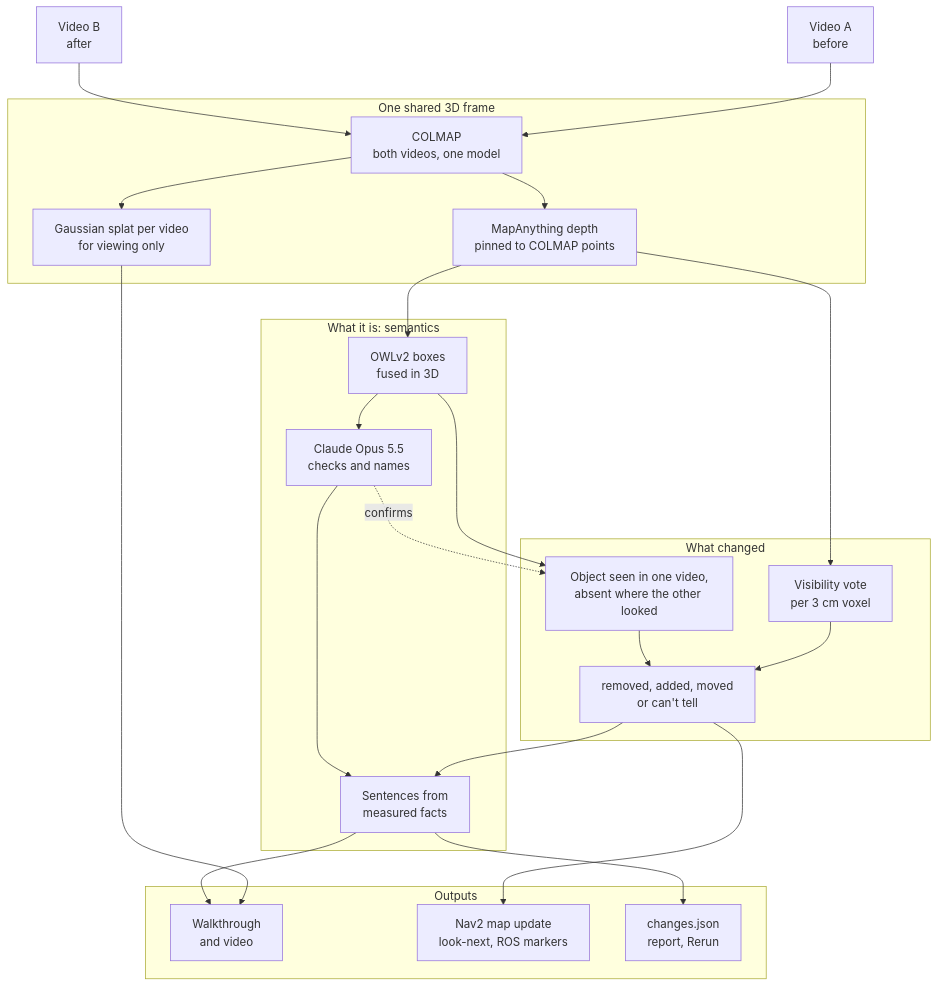
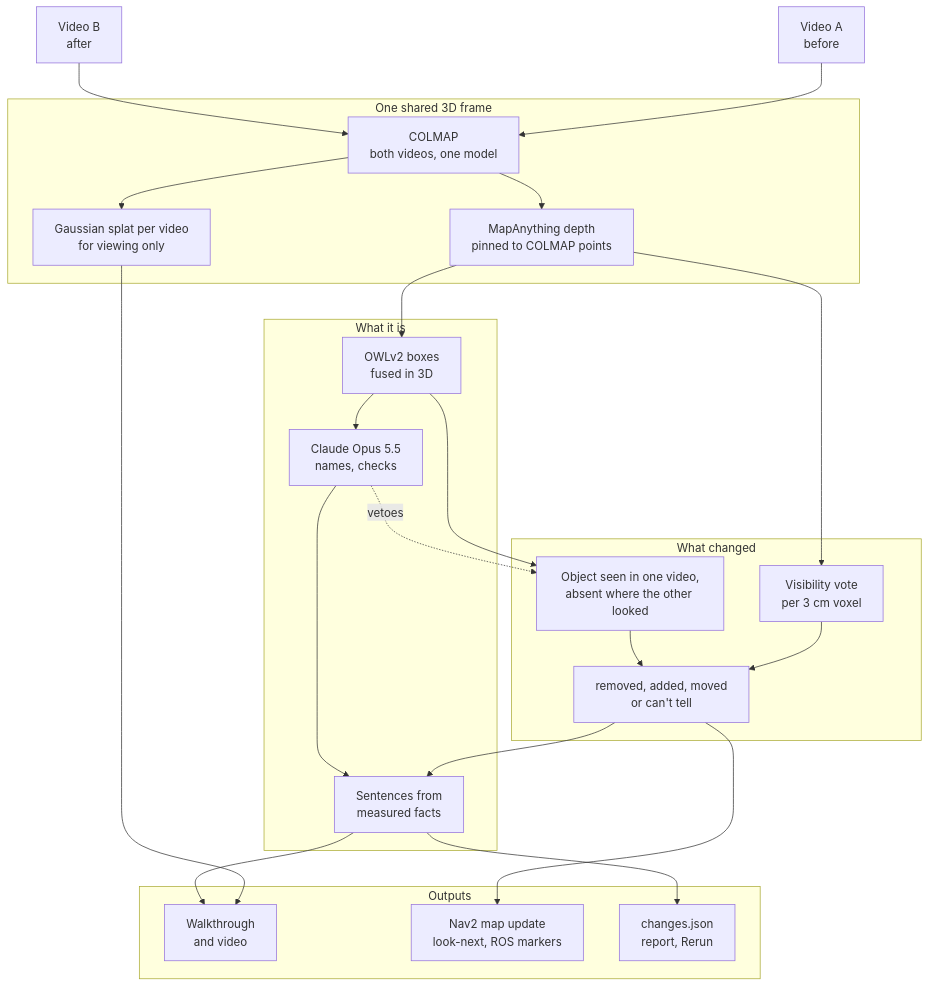
Before and after one commit to shaanpawa/whatchanged: the diagram in README.md, drawn with Mermaid. The commit also changed other lines of this file and 40 other files, not shown here.

````diff
--- a/README.md
+++ b/README.md
@@ -115,37 +131,37 @@
 ```mermaid
 flowchart TB
   A["Video A<br/>before"] --> COL
   B["Video B<br/>after"] --> COL
   subgraph S3D["One shared 3D frame"]
     COL["COLMAP<br/>both videos, one model"]
     DEP["MapAnything depth<br/>pinned to COLMAP points"]
     SPL["Gaussian splat per video<br/>for viewing only"]
   end
   subgraph CHG["What changed"]
     VOTE["Visibility vote<br/>per 3 cm voxel"]
     DET["Object seen in one video,<br/>absent where the other looked"]
     CLS["removed, added, moved<br/>or can't tell"]
   end
-  subgraph SEM["What it is: semantics"]
+  subgraph SEM["What it is"]
     OWL["OWLv2 boxes<br/>fused in 3D"]
-    CL["Claude Opus 5.5<br/>checks and names"]
+    CL["Claude Opus 5.5<br/>names, checks"]
     SEN["Sentences from<br/>measured facts"]
   end
   subgraph OUT["Outputs"]
     VIEW["Walkthrough<br/>and video"]
     ROBOT["Nav2 map update<br/>look-next, ROS markers"]
     DATA["changes.json<br/>report, Rerun"]
   end
   COL --> DEP
   COL --> SPL
   DEP --> VOTE --> CLS
   DEP --> OWL --> CL
   OWL --> DET --> CLS
-  CL -. confirms .-> DET
+  CL -. vetoes .-> DET
   CLS --> SEN
   CL --> SEN
   SPL --> VIEW
   SEN --> VIEW
   CLS --> ROBOT
   SEN --> DATA
 ```
````
